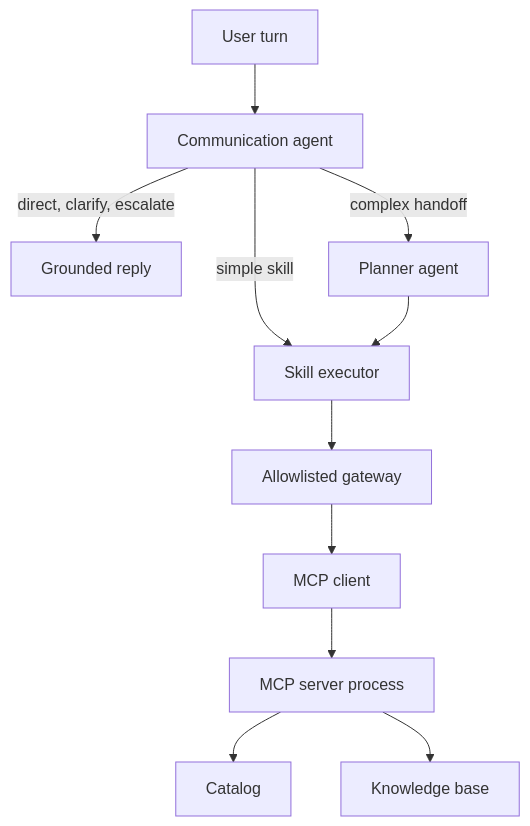
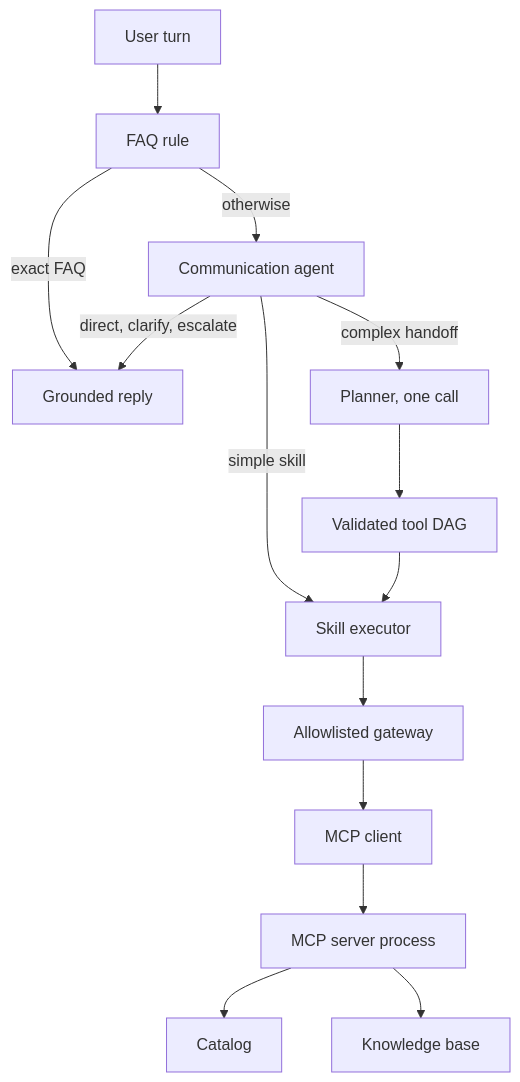
Before and after one commit to HongleiYu/ShoppingAssistant: the diagram in docs/architecture.md, drawn with Mermaid. The commit also changed other lines of this file and 26 other files, not shown here.

````diff
--- a/docs/architecture.md
+++ b/docs/architecture.md
@@ -14,13 +14,16 @@
 ```mermaid
 flowchart TD
-  user[User turn] --> ca[Communication agent]
-  ca -->|direct, clarify, escalate| reply[Grounded reply]
+  user[User turn] --> rule[FAQ rule]
+  rule -->|exact FAQ| reply[Grounded reply]
+  rule -->|otherwise| ca[Communication agent]
+  ca -->|direct, clarify, escalate| reply
   ca -->|simple skill| skills[Skill executor]
-  ca -->|complex handoff| pa[Planner agent]
-  pa --> skills
+  ca -->|complex handoff| pa[Planner, one call]
+  pa --> dag[Validated tool DAG]
+  dag --> skills
   skills --> gateway[Allowlisted gateway]
   gateway --> client[MCP client]
   client --> server[MCP server process]
   server --> catalog[Catalog]
   server --> kb[Knowledge base]
 ```
````
